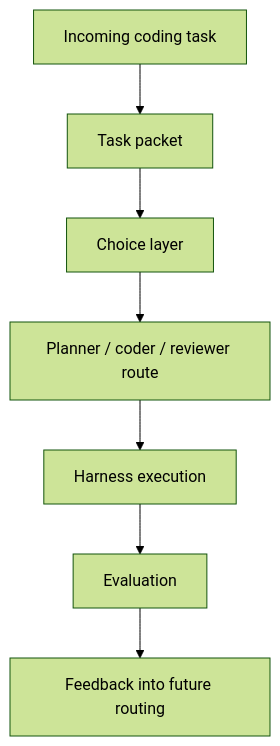
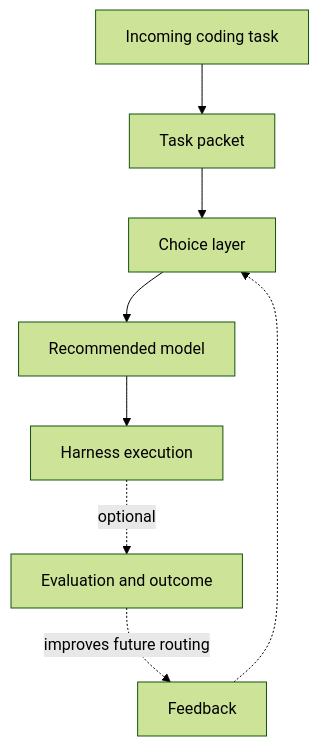
Before and after one commit to Hokusai-protocol/hokusai-docs: the diagram in docs/docs/intro.md, drawn with Mermaid (forest theme). The commit also changed other lines of this file and 17 other files, not shown here.

````diff
--- a/docs/docs/intro.md
+++ b/docs/docs/intro.md
@@ -30,9 +30,10 @@
 ```mermaid
 flowchart TD
     A[Incoming coding task] --> B[Task packet]
     B --> C[Choice layer]
-    C --> D[Planner / coder / reviewer route]
+    C --> D[Recommended model]
     D --> E[Harness execution]
-    E --> F[Evaluation]
-    F --> G[Feedback into future routing]
+    E -. optional .-> F[Evaluation and outcome]
+    F -. improves future routing .-> G[Feedback]
+    G -.-> C
 ```
````
